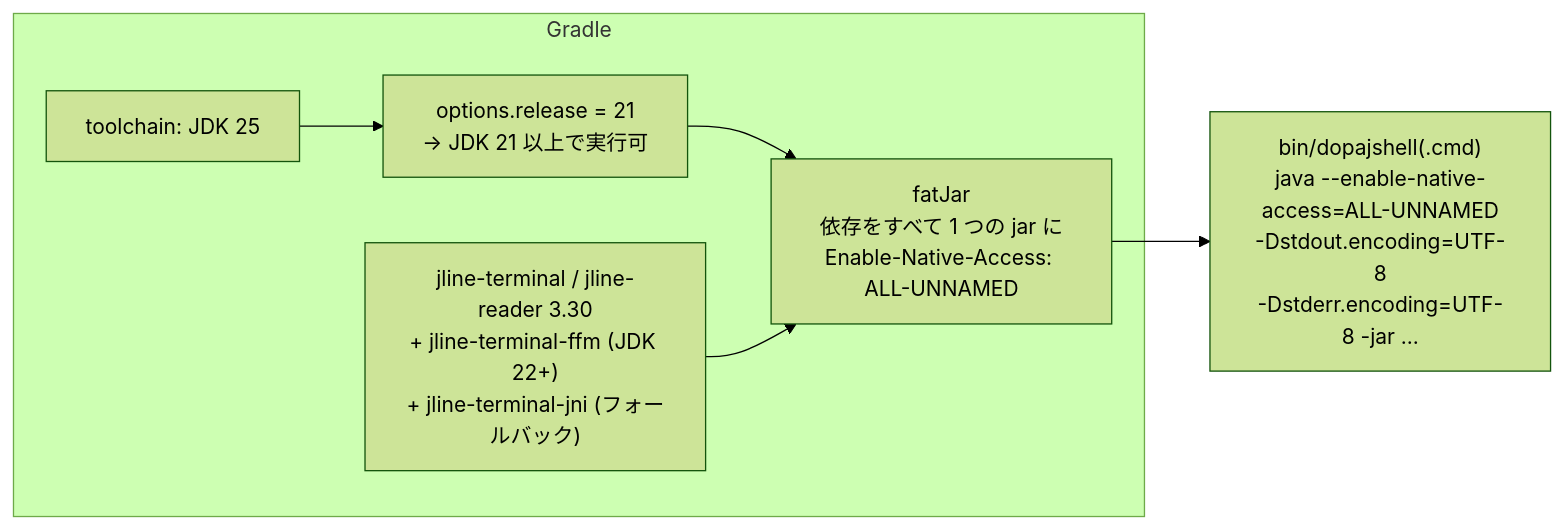
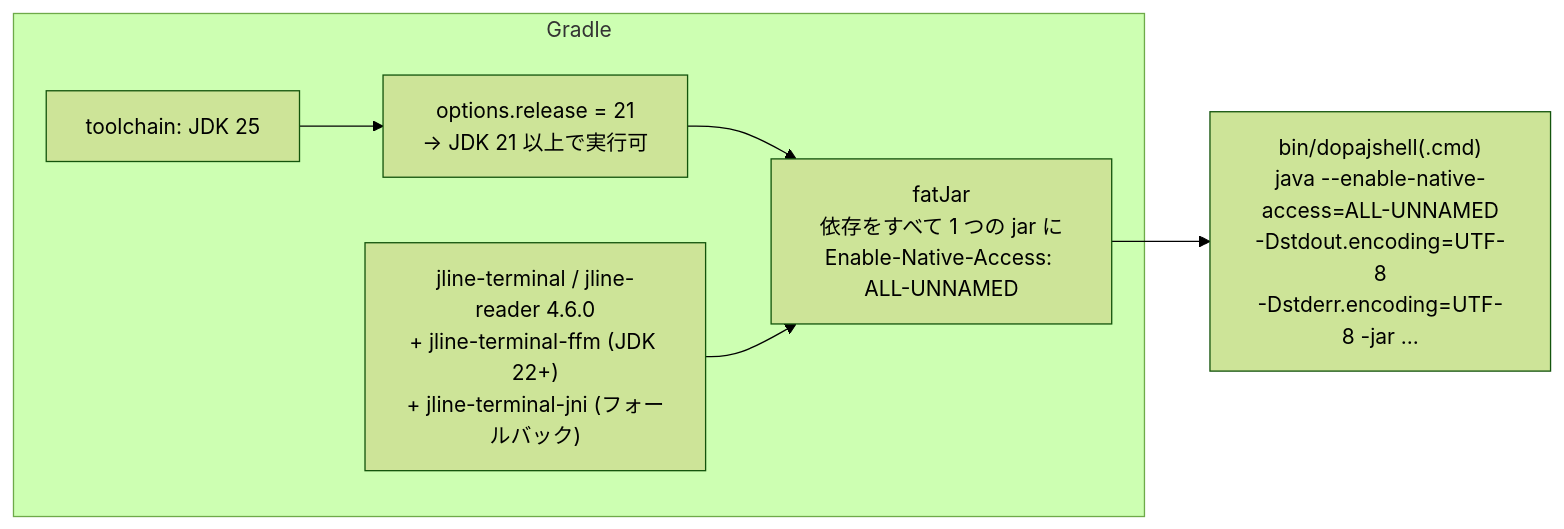
Diagram 18 of 18 in docs/jshell-customization.md (Shion-Serizawa/dopajshell), drawn with Mermaid (forest theme) before and after one commit. The commit also changed other lines of this file and 2 other files, not shown here.

First line of the commit message:
Update JLine version references in README, docs and comments (#7)

````diff
--- a/docs/jshell-customization.md
+++ b/docs/jshell-customization.md
@@ -511,9 +511,9 @@
 ```mermaid
 flowchart LR
     subgraph Build["Gradle"]
         TC["toolchain: JDK 25"] --> REL["options.release = 21<br/>→ JDK 21 以上で実行可"]
-        DEP["jline-terminal / jline-reader 3.30<br/>+ jline-terminal-ffm (JDK 22+)<br/>+ jline-terminal-jni (フォールバック)"]
+        DEP["jline-terminal / jline-reader 4.6.0<br/>+ jline-terminal-ffm (JDK 22+)<br/>+ jline-terminal-jni (フォールバック)"]
         REL & DEP --> FAT["fatJar<br/>依存をすべて 1 つの jar に<br/>Enable-Native-Access: ALL-UNNAMED"]
     end
     FAT --> L["bin/dopajshell(.cmd)<br/>java --enable-native-access=ALL-UNNAMED<br/>-Dstdout.encoding=UTF-8<br/>-Dstderr.encoding=UTF-8 -jar ..."]
 ```
````
